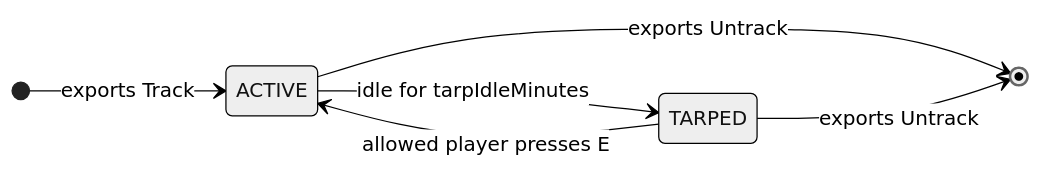
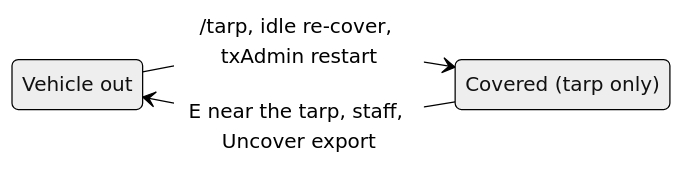
The diagram in vehicle-tarp/README.md (Brillanc3/Script-Docs), drawn with Mermaid (neutral theme) before and after one commit. The commit also changed other lines of this file and 19 other files, not shown here.

Commit message:
GITBOOK-61: Vehicle Tarp 2.0: full documentation rewrite

````diff
--- a/vehicle-tarp/README.md
+++ b/vehicle-tarp/README.md
@@ -14,9 +16,8 @@
 ```mermaid
 stateDiagram-v2
     direction LR
-    [*] --> ACTIVE: exports Track
-    ACTIVE --> TARPED: idle for tarpIdleMinutes
-    TARPED --> ACTIVE: allowed player presses E
-    ACTIVE --> [*]: exports Untrack
-    TARPED --> [*]: exports Untrack
+    OUT: Vehicle out
+    COVERED: Covered (tarp only)
+    OUT --> COVERED: /tarp, idle re-cover, txAdmin restart
+    COVERED --> OUT: E near the tarp, staff, Uncover export
 ```
````
